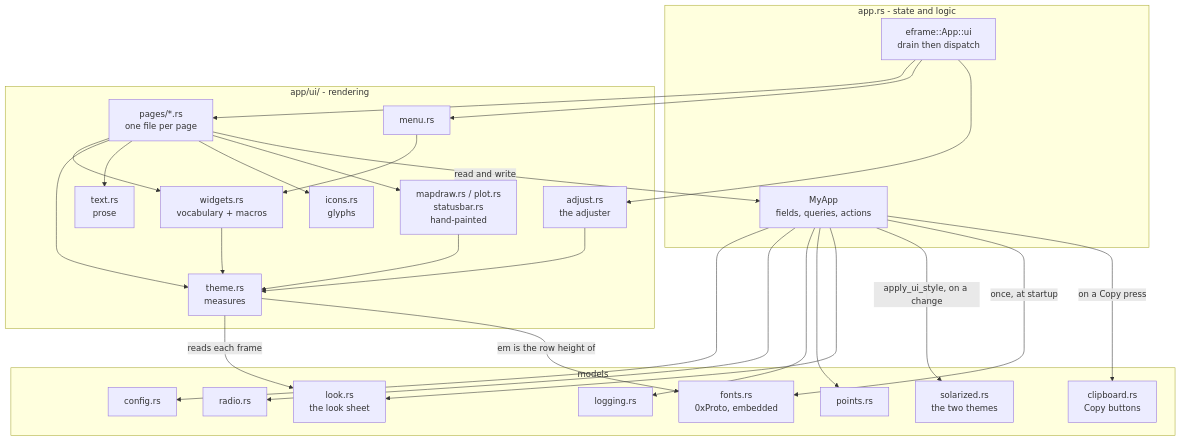
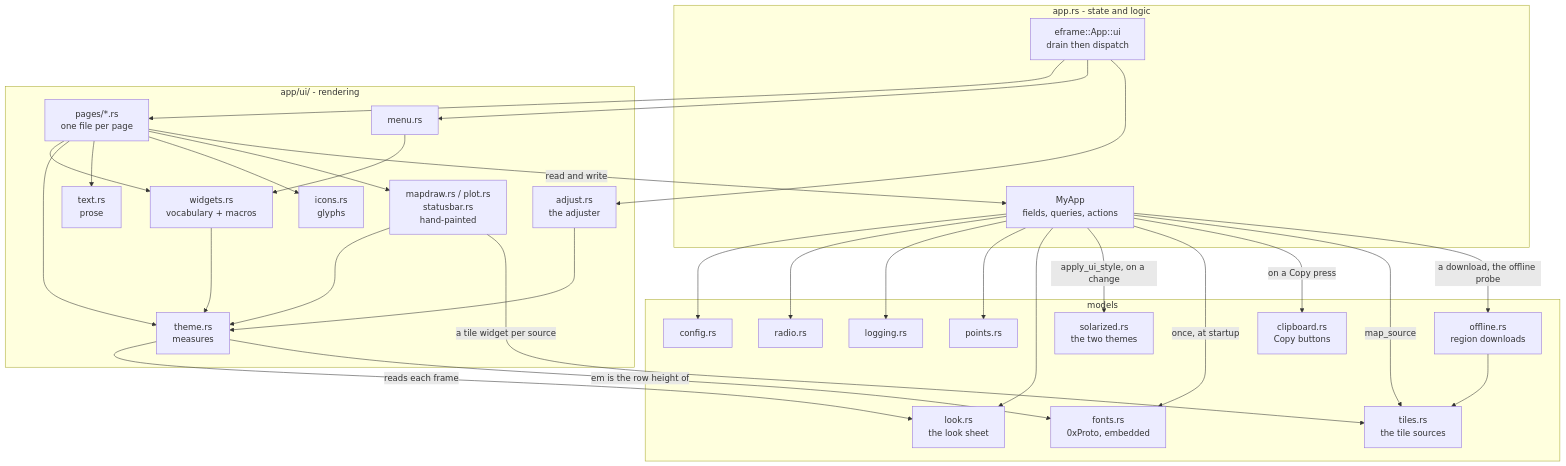
One commit to Telemety-In-Midair/gps-gui-rs changed the first of 2 diagrams in docs/ui.md. Above: the diagram before and after it, drawn with Mermaid. The commit also changed other lines of this file and 15 other files, not shown here.

First line of the commit message:
map: ArcGIS tiles, with satellite imagery, and region downloads that follow the source

````diff
--- a/docs/ui.md
+++ b/docs/ui.md
@@ -54,51 +54,57 @@
 ```mermaid
 graph TD
     subgraph state["app.rs - state and logic"]
         MyApp["MyApp<br/>fields, queries, actions"]
         Loop["eframe::App::ui<br/>drain then dispatch"]
     end
     subgraph view["app/ui/ - rendering"]
         Pages["pages/*.rs<br/>one file per page"]
         Widgets["widgets.rs<br/>vocabulary + macros"]
         Theme["theme.rs<br/>measures"]
         Text["text.rs<br/>prose"]
         Icons["icons.rs<br/>glyphs"]
         Menu["menu.rs"]
         Draw["mapdraw.rs / plot.rs<br/>statusbar.rs<br/>hand-painted"]
         Adjust["adjust.rs<br/>the adjuster"]
     end
     subgraph model["models"]
         Config["config.rs"]
         Radio["radio.rs"]
         Logging["logging.rs"]
         Points["points.rs"]
         Look["look.rs<br/>the look sheet"]
         Solarized["solarized.rs<br/>the two themes"]
         Fonts["fonts.rs<br/>0xProto, embedded"]
         Clipboard["clipboard.rs<br/>Copy buttons"]
+        Tiles["tiles.rs<br/>the tile sources"]
+        Offline["offline.rs<br/>region downloads"]
     end
 
     Loop --> Pages
     Loop --> Menu
     Pages --> Widgets
     Pages --> Theme
     Pages --> Text
     Pages --> Icons
     Pages --> Draw
     Menu --> Widgets
     Widgets --> Theme
     Draw --> Theme
     Pages -->|read and write| MyApp
     MyApp --> Config
     MyApp --> Radio
     MyApp --> Logging
     MyApp --> Points
     MyApp --> Look
     MyApp -->|apply_ui_style, on a change| Solarized
     MyApp -->|once, at startup| Fonts
     MyApp -->|on a Copy press| Clipboard
+    MyApp -->|map_source| Tiles
+    MyApp -->|a download, the offline probe| Offline
+    Offline --> Tiles
+    Draw -->|a tile widget per source| Tiles
     Theme -->|reads each frame| Look
     Theme -->|em is the row height of| Fonts
     Loop --> Adjust
     Adjust --> Theme
 ```
````
